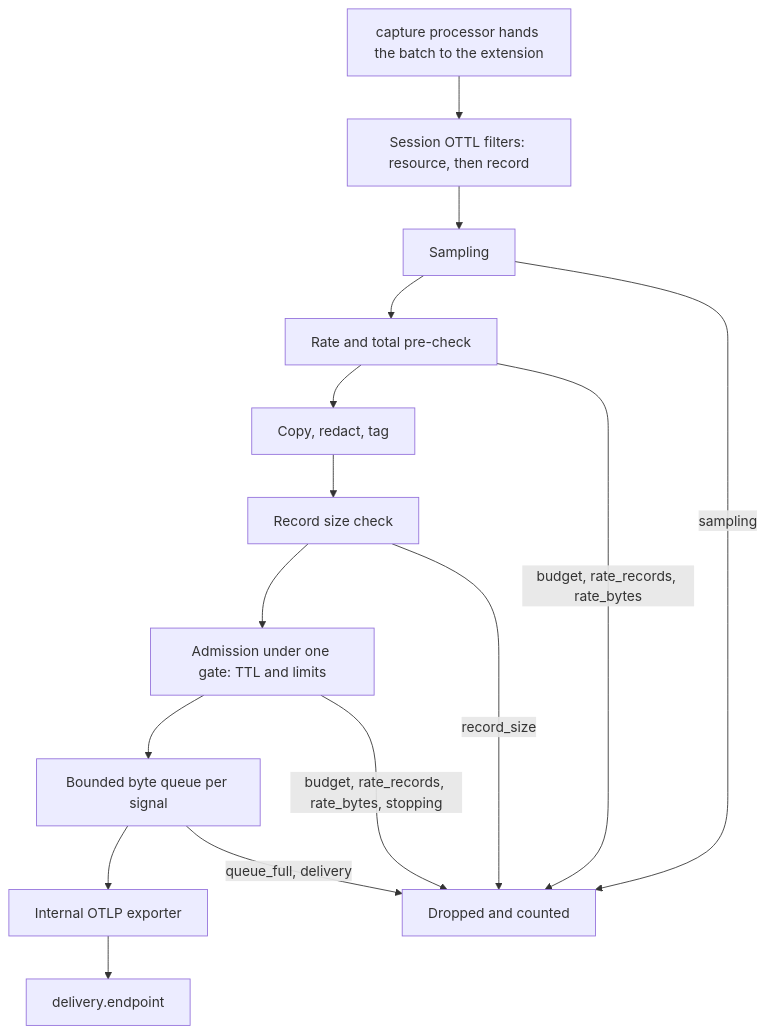
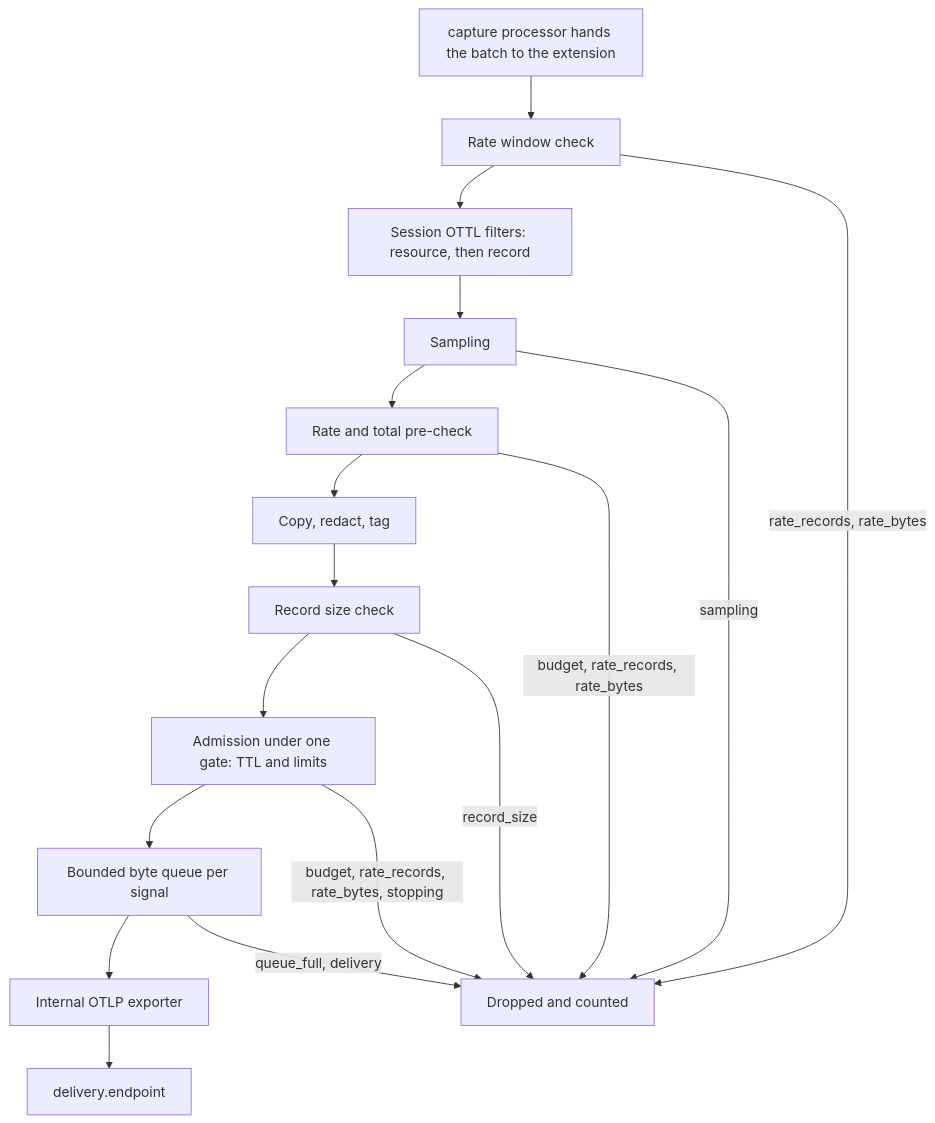
The diagram in docs/collector-components/configuration.md (lineahq/linea), drawn with Mermaid before and after one commit. The commit also changed other lines of this file and 2 other files, not shown here.

First line of the commit message:
perf(livecapture): stop examining a batch once capture refuses a record

````diff
--- a/docs/collector-components/configuration.md
+++ b/docs/collector-components/configuration.md
@@ -162,17 +162,19 @@
 ```mermaid
 flowchart TD
-    P[capture processor hands the batch to the extension] --> F[Session OTTL filters: resource, then record]
+    P[capture processor hands the batch to the extension] --> W[Rate window check]
+    W --> F[Session OTTL filters: resource, then record]
     F --> S[Sampling]
     S --> L[Rate and total pre-check]
     L --> C[Copy, redact, tag]
     C --> Z[Record size check]
     Z --> G[Admission under one gate: TTL and limits]
     G --> Q[Bounded byte queue per signal]
     Q --> X[Internal OTLP exporter]
     X --> D[delivery.endpoint]
-    S -- sampling --> DROP[Dropped and counted]
+    W -- rate_records, rate_bytes --> DROP[Dropped and counted]
+    S -- sampling --> DROP
     L -- budget, rate_records, rate_bytes --> DROP
     Z -- record_size --> DROP
     G -- budget, rate_records, rate_bytes, stopping --> DROP
     Q -- queue_full, delivery --> DROP
 ```
````
